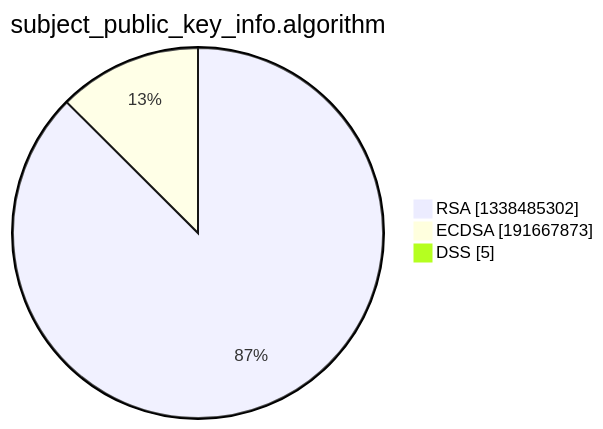
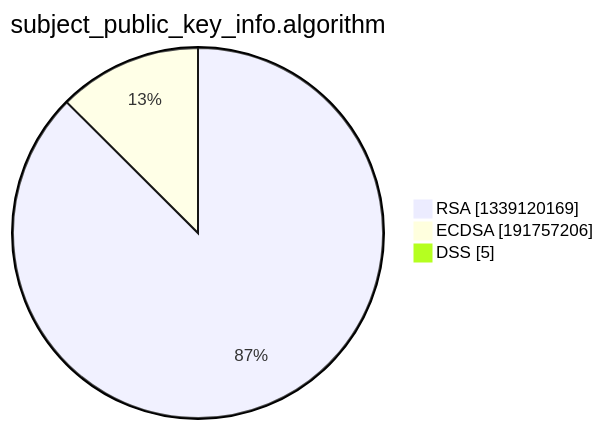
One commit to christiankrug/ctmonitor_visualization changed the third of 15 diagrams in xenon2022/README.md. Above: the diagram before and after it, drawn with Mermaid. The commit also changed other lines of this file, not shown here.

````diff
--- a/xenon2022/README.md
+++ b/xenon2022/README.md
@@ -14,7 +14,7 @@
 ```mermaid
 pie showData
 title subject_public_key_info.algorithm
-"RSA" :1338485302
-"ECDSA" :191667873
+"RSA" :1339120169
+"ECDSA" :191757206
 "DSS" :5
 ```
````
